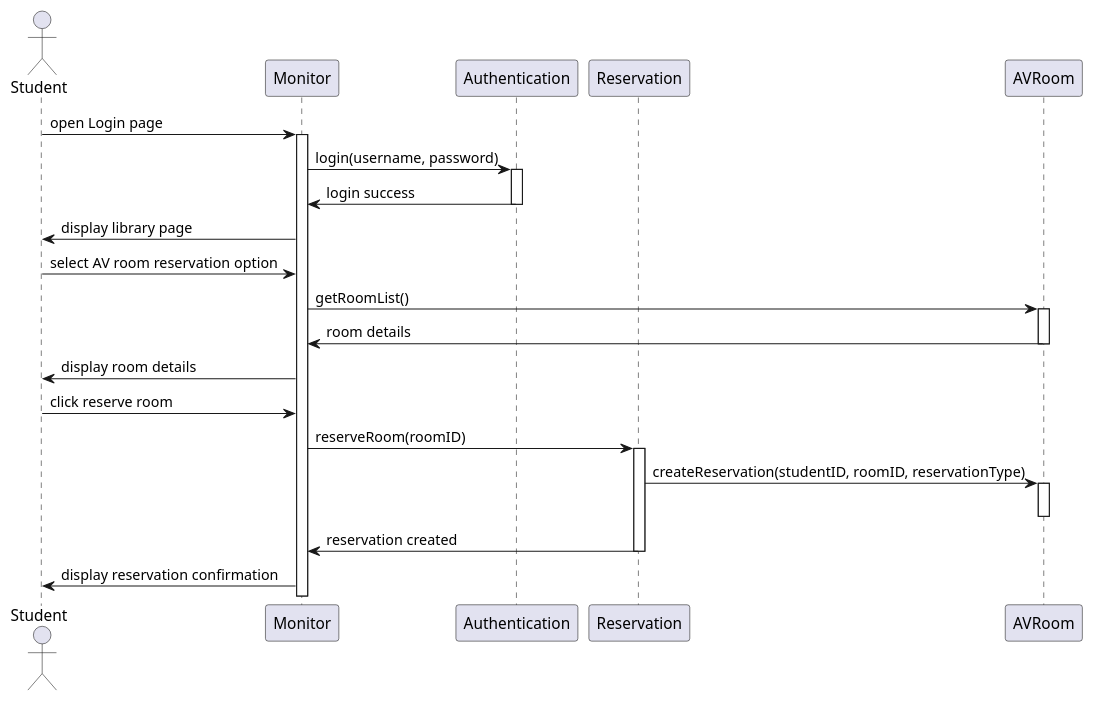
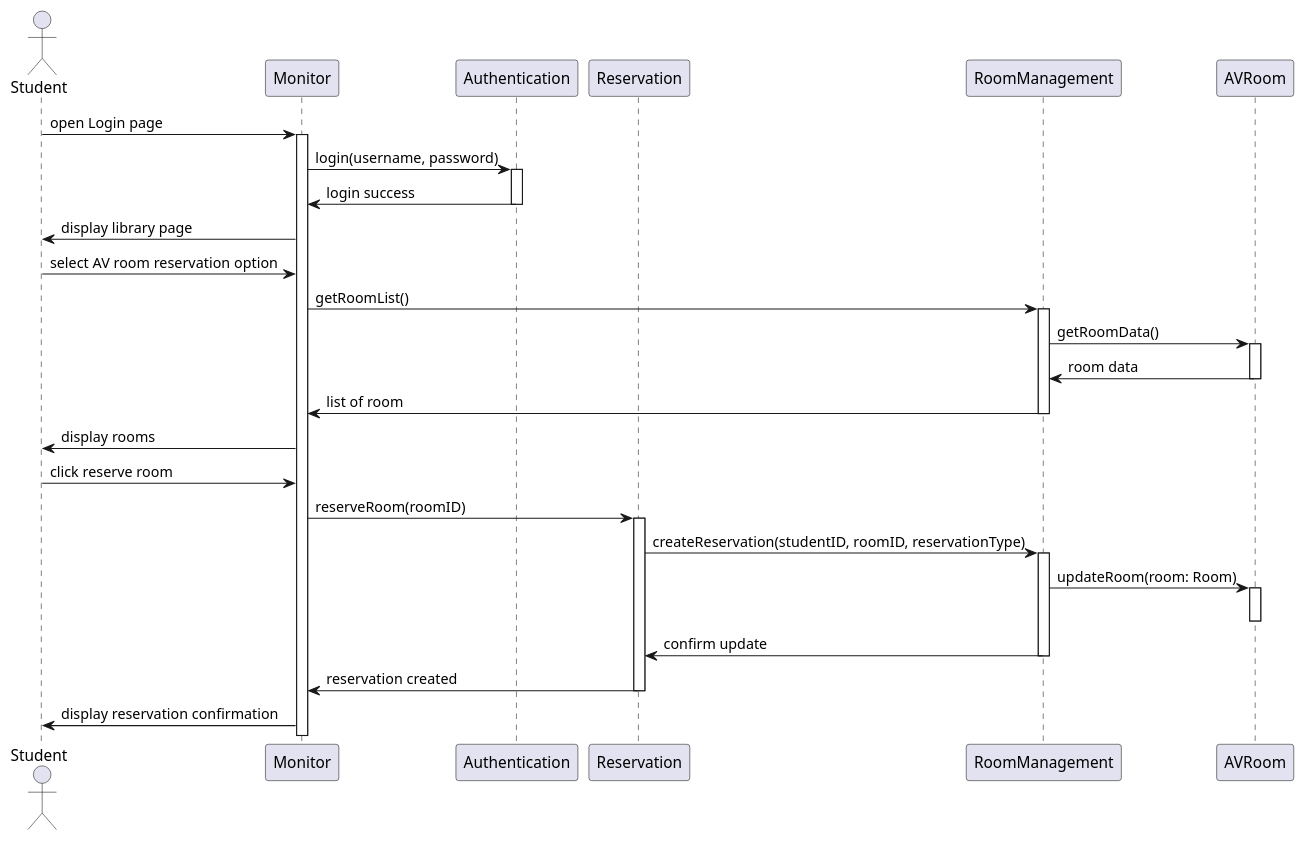
One commit to zuzu2307/Final_UML changed the diagram in src/avRoomReservation.puml. Above: the diagram before and after it, drawn with PlantUML. The commit also changed 13 other files, not shown here.

```diff
--- a/src/avRoomReservation.puml
+++ b/src/avRoomReservation.puml
@@ -1,32 +1,41 @@
 @startuml
 actor Student
 participant Monitor
 participant Authentication
 participant Reservation
+participant RoomManagement
 participant AVRoom
 
 Student -> Monitor: open Login page
 activate Monitor
 Monitor -> Authentication: login(username, password)
 activate Authentication
 Authentication -> Monitor: login success
 deactivate Authentication
 Monitor -> Student: display library page
 
 Student -> Monitor: select AV room reservation option
-Monitor -> AVRoom: getRoomList()
+Monitor -> RoomManagement: getRoomList()
+activate RoomManagement
+RoomManagement -> AVRoom: getRoomData()
 activate AVRoom
-AVRoom -> Monitor: room details
+AVRoom -> RoomManagement: room data
 deactivate AVRoom
-Monitor -> Student: display room details
+RoomManagement -> Monitor: list of room
+deactivate RoomManagement
+Monitor -> Student: display rooms
 
 Student -> Monitor: click reserve room
 Monitor -> Reservation: reserveRoom(roomID)
 activate Reservation
-Reservation -> AVRoom: createReservation(studentID, roomID, reservationType)
+Reservation -> RoomManagement: createReservation(studentID, roomID, reservationType)
+activate RoomManagement
+RoomManagement -> AVRoom: updateRoom(room: Room)
 activate AVRoom
 deactivate AVRoom
+RoomManagement -> Reservation: confirm update
+deactivate RoomManagement
 Reservation -> Monitor: reservation created
 deactivate Reservation
 Monitor -> Student: display reservation confirmation
 @enduml
```
